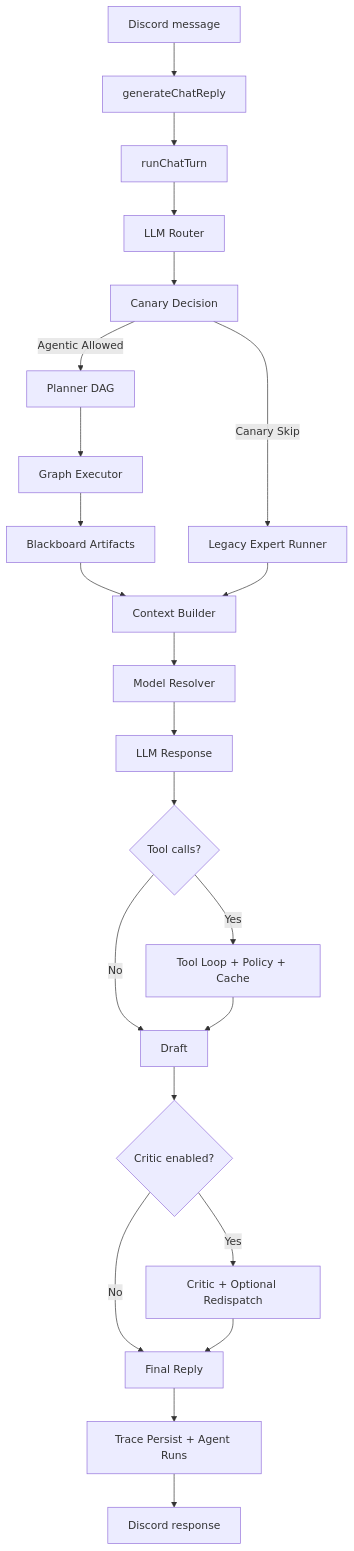
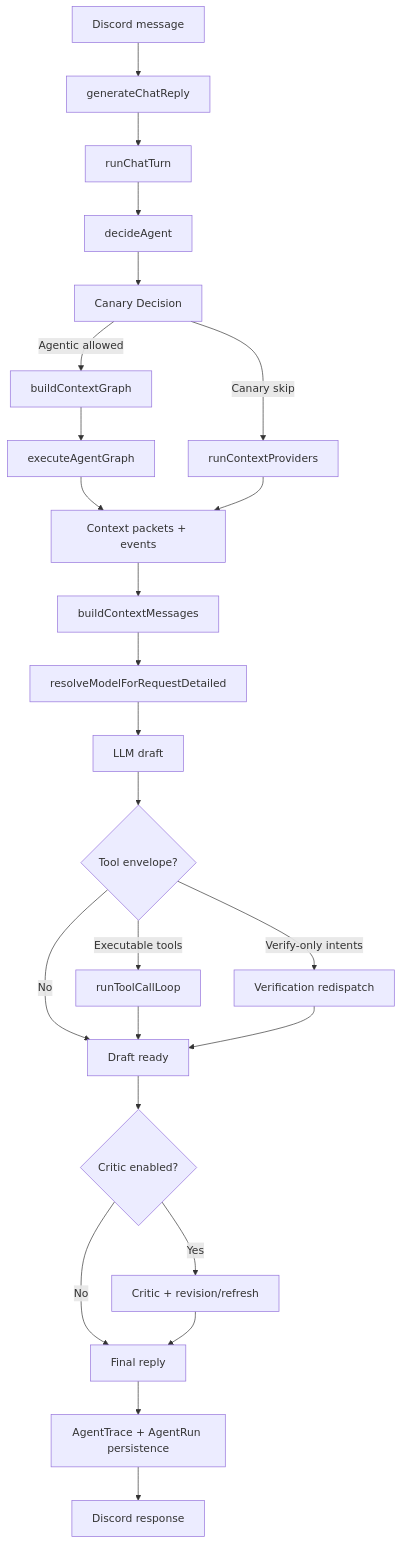
The diagram in docs/architecture/pipeline.md (BokX1/Sage), drawn with Mermaid before and after one commit. The commit also changed other lines of this file and 66 other files, not shown here.

````diff
--- a/docs/architecture/pipeline.md
+++ b/docs/architecture/pipeline.md
@@ -22,31 +22,32 @@
 ```mermaid
 flowchart TD
     A[Discord message] --> B[generateChatReply]
     B --> C[runChatTurn]
-    C --> D[LLM Router]
+    C --> D[decideAgent]
     D --> E[Canary Decision]
 
-    E -->|Agentic Allowed| F[Planner DAG]
-    E -->|Canary Skip| G[Legacy Expert Runner]
+    E -->|Agentic allowed| F[buildContextGraph]
+    E -->|Canary skip| G[runContextProviders]
 
-    F --> H[Graph Executor]
-    H --> I[Blackboard Artifacts]
-    I --> J[Context Builder]
+    F --> H[executeAgentGraph]
+    H --> I[Context packets + events]
+    G --> I
 
-    G --> J
+    I --> J[buildContextMessages]
+    J --> K[resolveModelForRequestDetailed]
+    K --> L[LLM draft]
+    L --> M{Tool envelope?}
+    M -->|Executable tools| N[runToolCallLoop]
+    M -->|Verify-only intents| O[Verification redispatch]
+    M -->|No| P[Draft ready]
+    N --> P
+    O --> P
 
-    J --> K[Model Resolver]
-    K --> L[LLM Response]
-    L --> M{Tool calls?}
-    M -->|Yes| N[Tool Loop + Policy + Cache]
-    M -->|No| O[Draft]
-    N --> O
+    P --> Q{Critic enabled?}
+    Q -->|Yes| R[Critic + revision/refresh]
+    Q -->|No| S[Final reply]
+    R --> S
 
-    O --> P{Critic enabled?}
-    P -->|Yes| Q[Critic + Optional Redispatch]
-    P -->|No| R[Final Reply]
-    Q --> R
-
-    R --> S[Trace Persist + Agent Runs]
-    S --> T[Discord response]
+    S --> T[AgentTrace + AgentRun persistence]
+    T --> U[Discord response]
 ```
````
